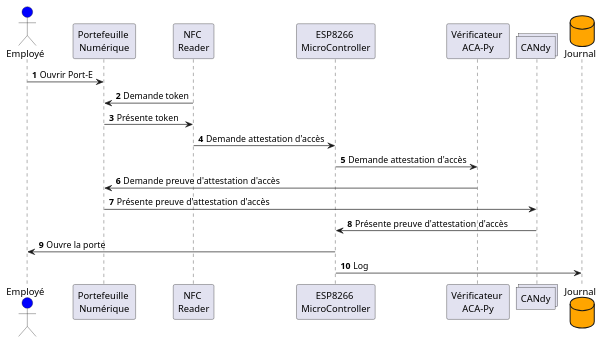
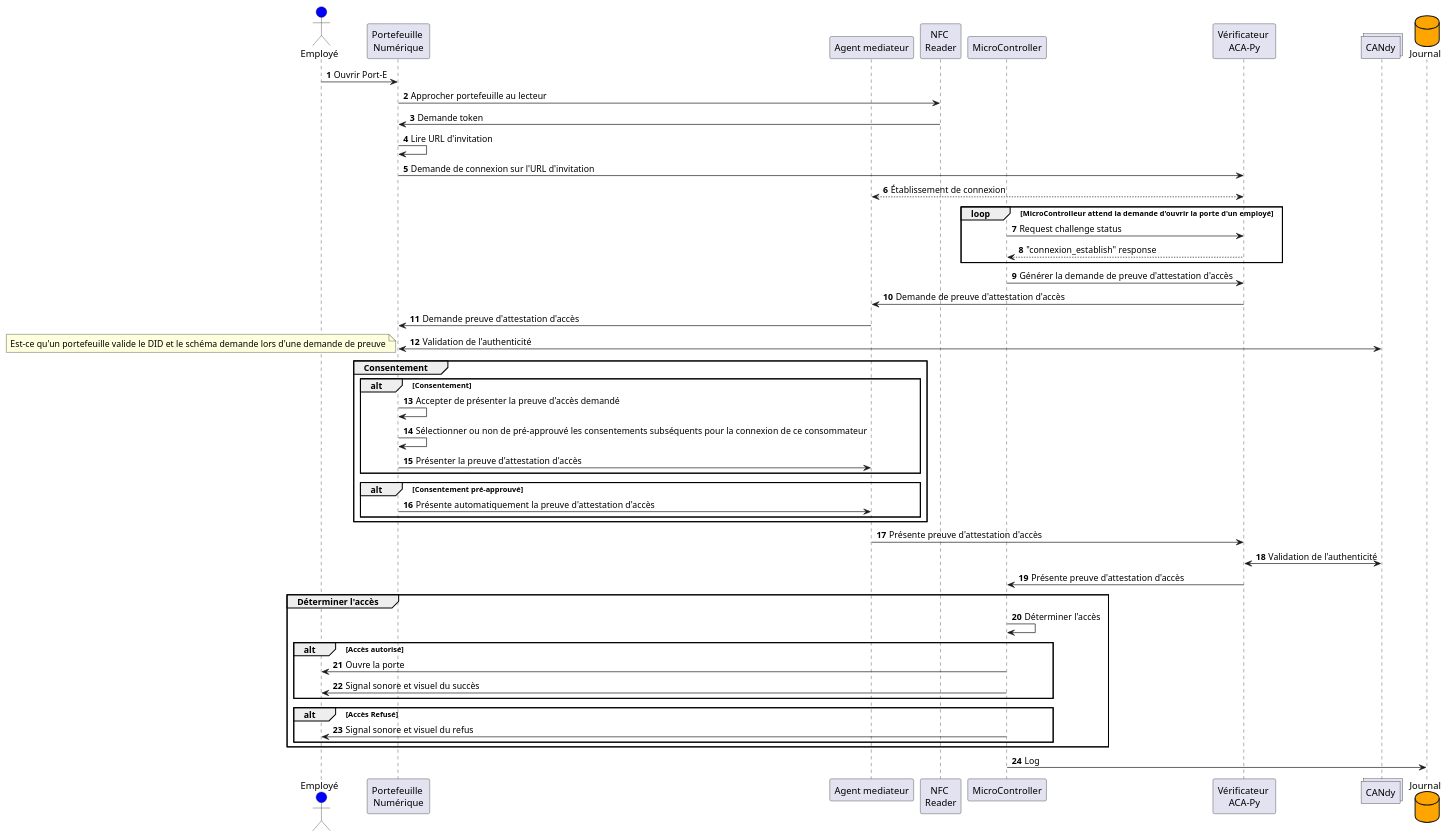
Before and after one commit to CQEN-QDCE/exp-attestation-emploie-acces: the diagram in doc/SchemaSeqConsomPhysique.puml, drawn with PlantUML.

Commit message:
Mise à jour du schéma d'accès physique

```diff
--- a/doc/SchemaSeqConsomPhysique.puml
+++ b/doc/SchemaSeqConsomPhysique.puml
@@ -1,29 +1,71 @@
 @startuml SchemaConsommteurPhysique
 autonumber
 
 '*************
 'Déclaration de participants
 '*************
 actor Employé as Employee #Blue
 participant  "Portefeuille \nNumérique" as Wallet
+participant "Agent mediateur" as AM
 participant "NFC \nReader" as Reader
-participant "ESP8266 \nMicroController" as ESP8266
+participant "MicroController" as ESP8266
 participant "Vérificateur \nACA-Py" as ACAPY   
 collections CANdy
 database Journal #Orange
 
 '**************
 'DÉFINITION DES LIENS
 '**************
 Employee -> Wallet : Ouvrir Port-E
+Wallet -> Reader : Approcher portefeuille au lecteur
 Reader -> Wallet : Demande token
-Wallet -> Reader :  Présente token
-Reader -> ESP8266 : Demande attestation d'accès
-ESP8266 -> ACAPY : Demande attestation d'accès
-ACAPY -> Wallet : Demande preuve d'attestation d'accès
-Wallet -> CANdy : Présente preuve d'attestation d'accès
-CANdy -> ESP8266 : Présente preuve d'attestation d'accès
-ESP8266 -> Employee : Ouvre la porte
+Wallet -> Wallet : Lire URL d'invitation
+Wallet -> ACAPY : Demande de connexion sur l'URL d'invitation
+AM <--> ACAPY : Établissement de connexion
+
+loop MicroControlleur attend la demande d'ouvrir la porte d'un employé
+    ESP8266 -> ACAPY : Request challenge status
+    ACAPY --> ESP8266 : "connexion_establish" response
+    'ACAPY -> ESP8266 : Webhook annonce une nouvelle demande d'attestation
+end
+
+ESP8266 -> ACAPY : Générer la demande de preuve d'attestation d'accès
+ACAPY -> AM : Demande de preuve d'attestation d'accès
+AM -> Wallet : Demande preuve d'attestation d'accès
+Wallet <-> CANdy : Validation de l'authenticité
+note left: Est-ce qu'un portefeuille valide le DID et le schéma demande lors d'une demande de preuve
+
+group Consentement
+    alt Consentement
+        Wallet -> Wallet : Accepter de présenter la preuve d'accès demandé
+        Wallet -> Wallet : Sélectionner ou non de pré-approuvé les consentements subséquents pour la connexion de ce consommateur
+        Wallet -> AM : Présenter la preuve d'attestation d'accès
+    end
+
+    alt Consentement pré-approuvé
+        Wallet -> AM : Présente automatiquement la preuve d'attestation d'accès
+    end
+end
+
+AM -> ACAPY : Présente preuve d'attestation d'accès
+ACAPY <-> CANdy : Validation de l'authenticité
+ACAPY -> ESP8266 : Présente preuve d'attestation d'accès
+
+group Déterminer l'accès
+    ESP8266 -> ESP8266 : Déterminer l'accès
+    
+    alt Accès autorisé
+        ESP8266 -> Employee : Ouvre la porte
+        ESP8266 -> Employee : Signal sonore et visuel du succès
+    end 
+
+    alt Accès Refusé
+        ESP8266 -> Employee : Signal sonore et visuel du refus
+    end 
+end 
+
 ESP8266 -> Journal : Log 
 
+'Wallet -> Reader :  Présente token
+
 @enduml
```
